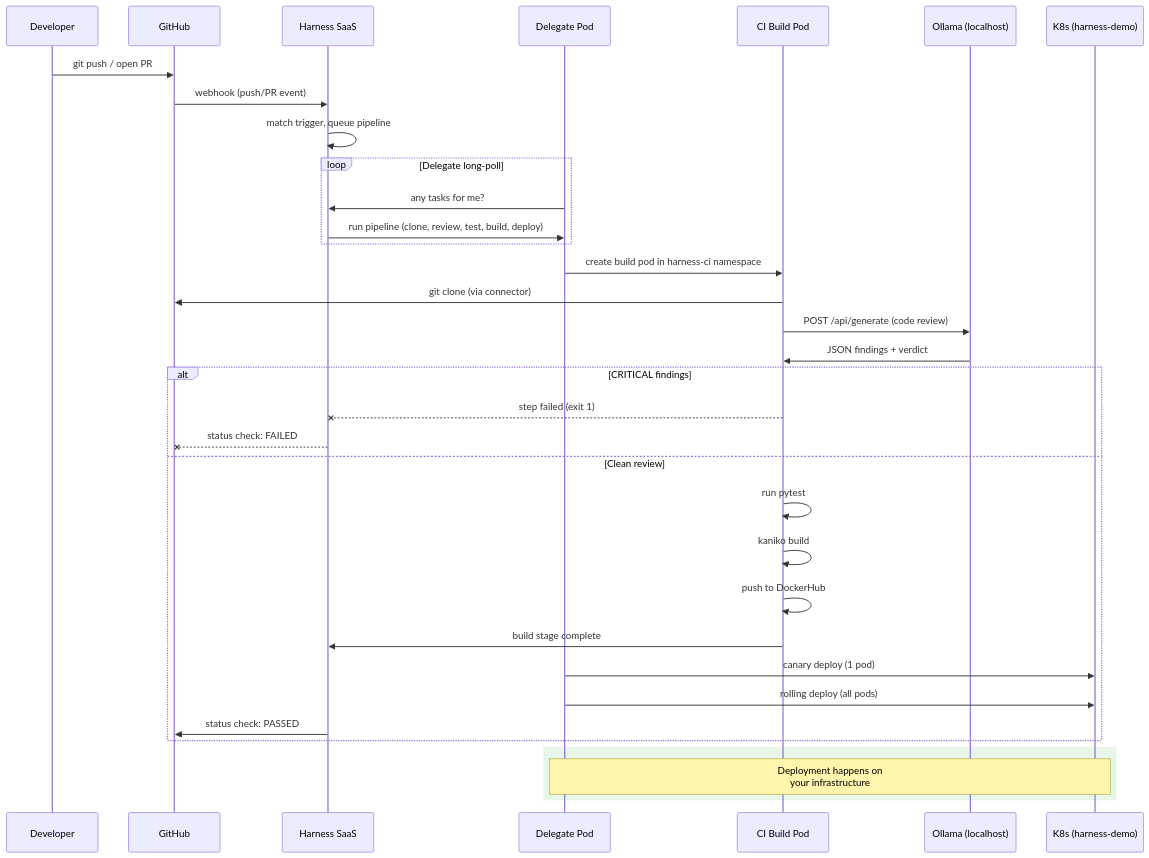
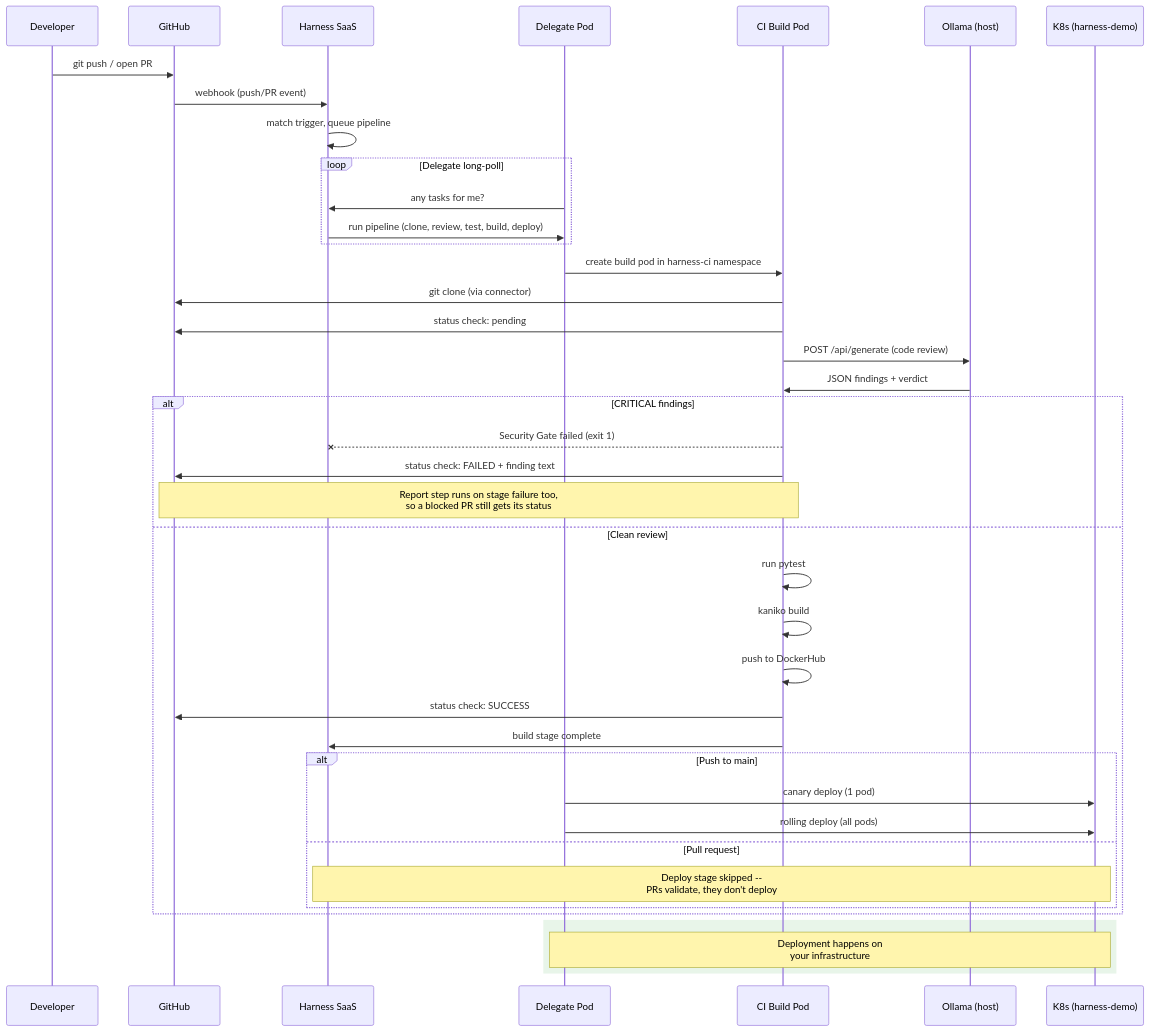
The second of 4 diagrams in docs/ARCHITECTURE.md (scarolan/harness-demo), drawn with Mermaid before and after one commit. The commit also changed other lines of this file and 3 other files, not shown here.

First line of the commit message:
Update docs for GitHub status reporting and PR-no-deploy behavior

````diff
--- a/docs/ARCHITECTURE.md
+++ b/docs/ARCHITECTURE.md
@@ -54,42 +54,49 @@
 ```mermaid
 sequenceDiagram
     participant Dev as Developer
     participant GH as GitHub
     participant HS as Harness SaaS
     participant DG as Delegate Pod
     participant CI as CI Build Pod
-    participant OL as Ollama (localhost)
+    participant OL as Ollama (host)
     participant K8 as K8s (harness-demo)
 
     Dev->>GH: git push / open PR
     GH->>HS: webhook (push/PR event)
     HS->>HS: match trigger, queue pipeline
 
     loop Delegate long-poll
         DG->>HS: any tasks for me?
         HS->>DG: run pipeline (clone, review, test, build, deploy)
     end
 
     DG->>CI: create build pod in harness-ci namespace
 
     CI->>GH: git clone (via connector)
+    CI->>GH: status check: pending
     CI->>OL: POST /api/generate (code review)
     OL->>CI: JSON findings + verdict
 
     alt CRITICAL findings
-        CI--xHS: step failed (exit 1)
-        HS--xGH: status check: FAILED
+        CI--xHS: Security Gate failed (exit 1)
+        CI->>GH: status check: FAILED + finding text
+        Note over CI,GH: Report step runs on stage failure too,<br/>so a blocked PR still gets its status
     else Clean review
         CI->>CI: run pytest
         CI->>CI: kaniko build
         CI->>CI: push to DockerHub
+        CI->>GH: status check: SUCCESS
         CI->>HS: build stage complete
-        DG->>K8: canary deploy (1 pod)
-        DG->>K8: rolling deploy (all pods)
-        HS->>GH: status check: PASSED
+
+        alt Push to main
+            DG->>K8: canary deploy (1 pod)
+            DG->>K8: rolling deploy (all pods)
+        else Pull request
+            Note over HS,K8: Deploy stage skipped --<br/>PRs validate, they don't deploy
+        end
     end
 
     rect rgb(232, 245, 233)
         Note over DG,K8: Deployment happens on<br/>your infrastructure
     end
 ```
````
